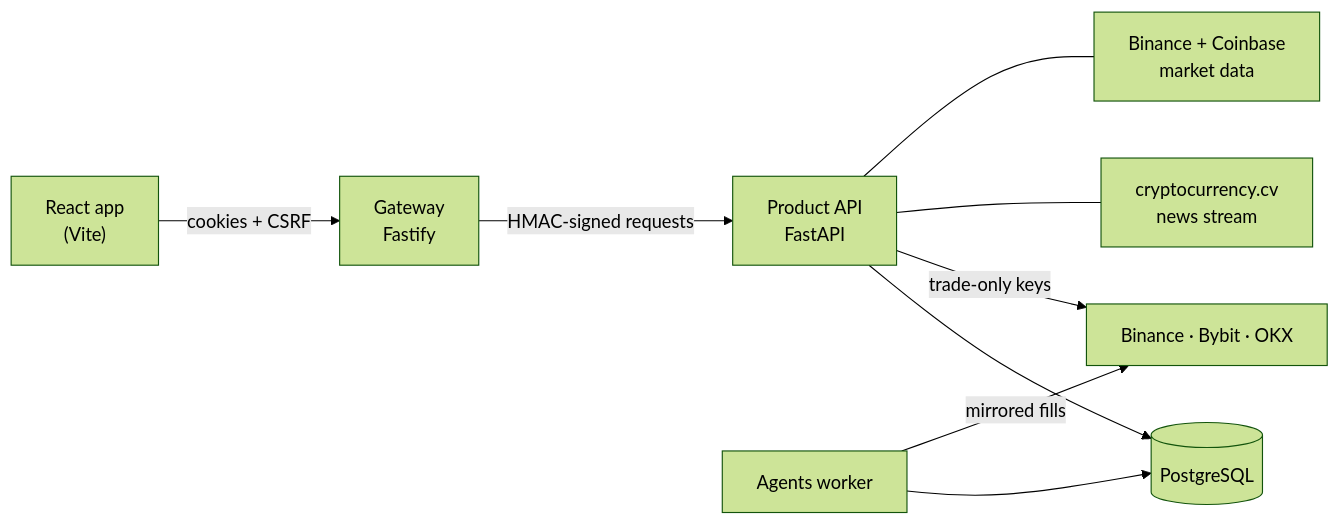
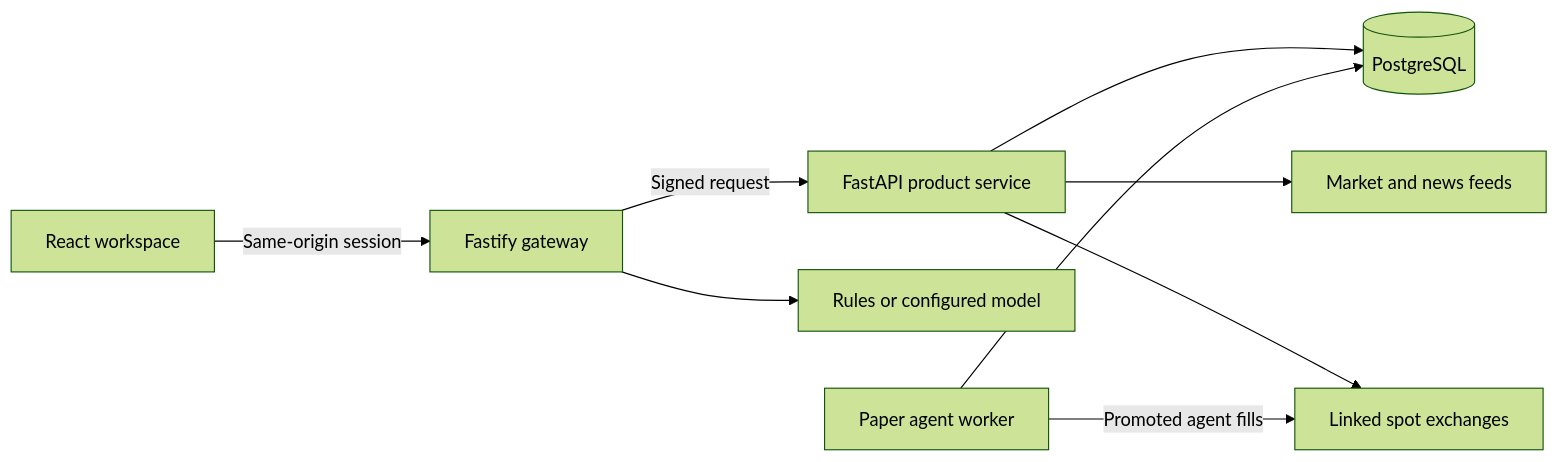
Before and after one commit to vishal88736/automatic-trading-agent: the diagram in README.md, drawn with Mermaid (forest theme). The commit also changed other lines of this file and 10 other files, not shown here.

````diff
--- a/README.md
+++ b/README.md
@@ -115,11 +99,11 @@
 ```mermaid
 flowchart LR
-    UI["React app<br/>(Vite)"] -->|cookies + CSRF| GW["Gateway<br/>Fastify"]
-    GW -->|HMAC-signed requests| API["Product API<br/>FastAPI"]
+    UI["React workspace"] -->|Same-origin session| GW["Fastify gateway"]
+    GW -->|Signed request| API["FastAPI product service"]
+    GW --> MODELS["Rules or configured model"]
     API --> DB[("PostgreSQL")]
-    W["Agents worker"] --> DB
-    W -->|mirrored fills| EX["Binance · Bybit · OKX"]
-    API -->|trade-only keys| EX
-    API --- NEWS["cryptocurrency.cv<br/>news stream"]
-    API --- PX["Binance + Coinbase<br/>market data"]
+    Worker["Paper agent worker"] --> DB
+    API --> Feeds["Market and news feeds"]
+    API --> Exchange["Linked spot exchanges"]
+    Worker -->|Promoted agent fills| Exchange
 ```
````
